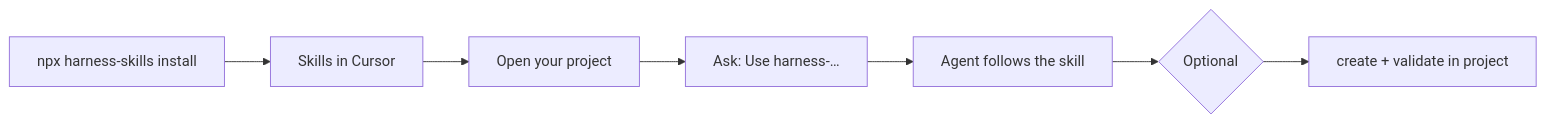
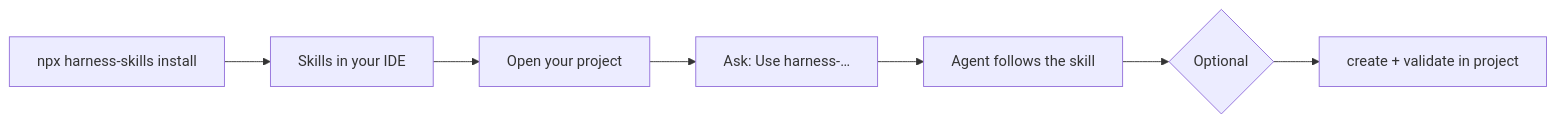
One commit to solanodz/harness-engineering-skills changed the first of 2 diagrams in README.md. Above: the diagram before and after it, drawn with Mermaid. The commit also changed other lines of this file and 1 other file, not shown here.

First line of the commit message:
docs: clarify skills live in IDE, harness files in project repo

````diff
--- a/README.md
+++ b/README.md
@@ -93,9 +93,9 @@
 ```mermaid
 flowchart LR
-    A["npx harness-skills install"] --> B[Skills in Cursor]
+    A["npx harness-skills install"] --> B[Skills in your IDE]
     B --> C[Open your project]
     C --> D["Ask: Use harness-…"]
     D --> E[Agent follows the skill]
     E --> F{Optional}
     F --> G["create + validate in project"]
 ```
````
